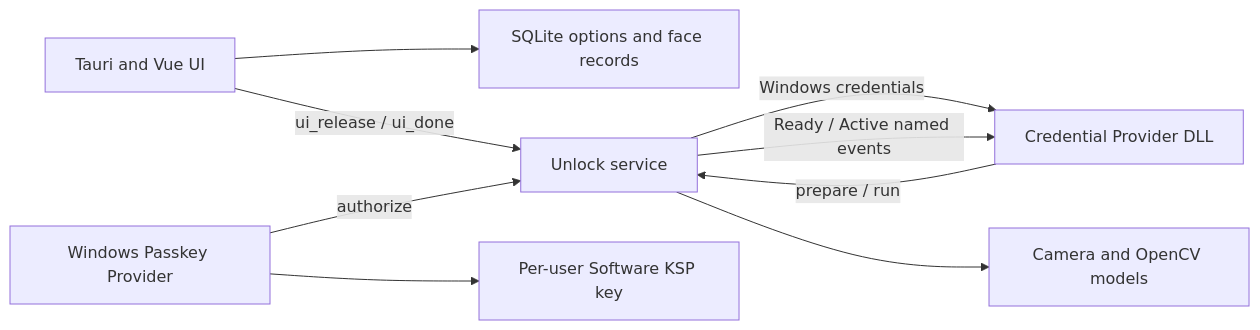
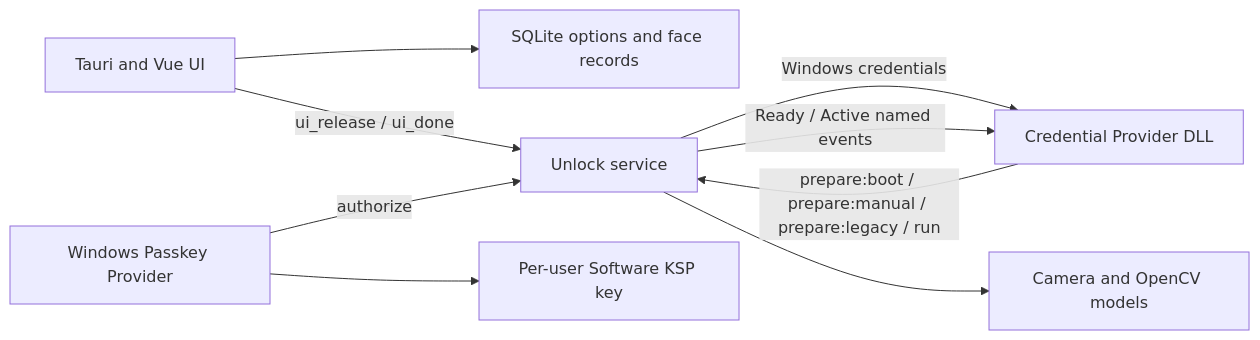
Before and after one commit to starnotes-xj/FaceWinUnlock-Tauri: the diagram in docs/architecture.md, drawn with Mermaid. The commit also changed other lines of this file and 9 other files, not shown here.

````diff
--- a/docs/architecture.md
+++ b/docs/architecture.md
@@ -7,11 +7,11 @@
 ```mermaid
 flowchart LR
   UI["Tauri and Vue UI"] --> DB["SQLite options and face records"]
   UI -->|"ui_release / ui_done"| U["Unlock service"]
-  CP["Credential Provider DLL"] -->|"prepare / run"| U
+  CP["Credential Provider DLL"] -->|"prepare:boot / prepare:manual / prepare:legacy / run"| U
   U -->|"Windows credentials"| CP
   U -->|"Ready / Active named events"| CP
   PK["Windows Passkey Provider"] -->|"authorize"| U
   PK --> KSP["Per-user Software KSP key"]
   U --> CAM["Camera and OpenCV models"]
 ```
````
